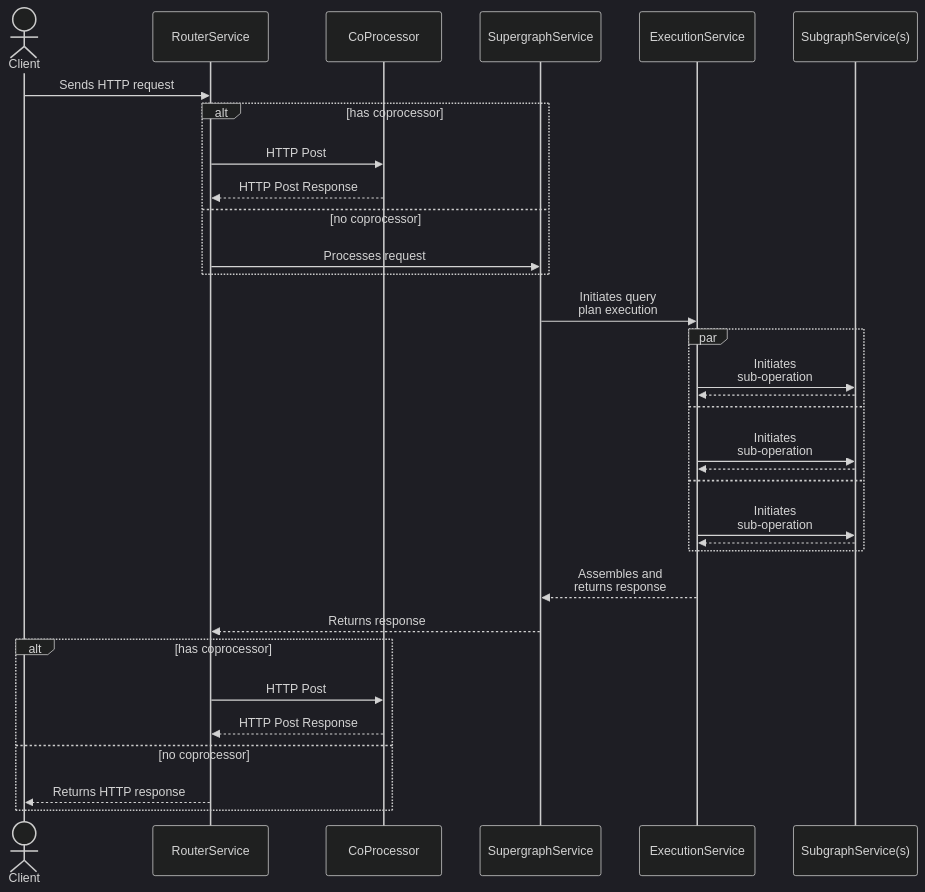
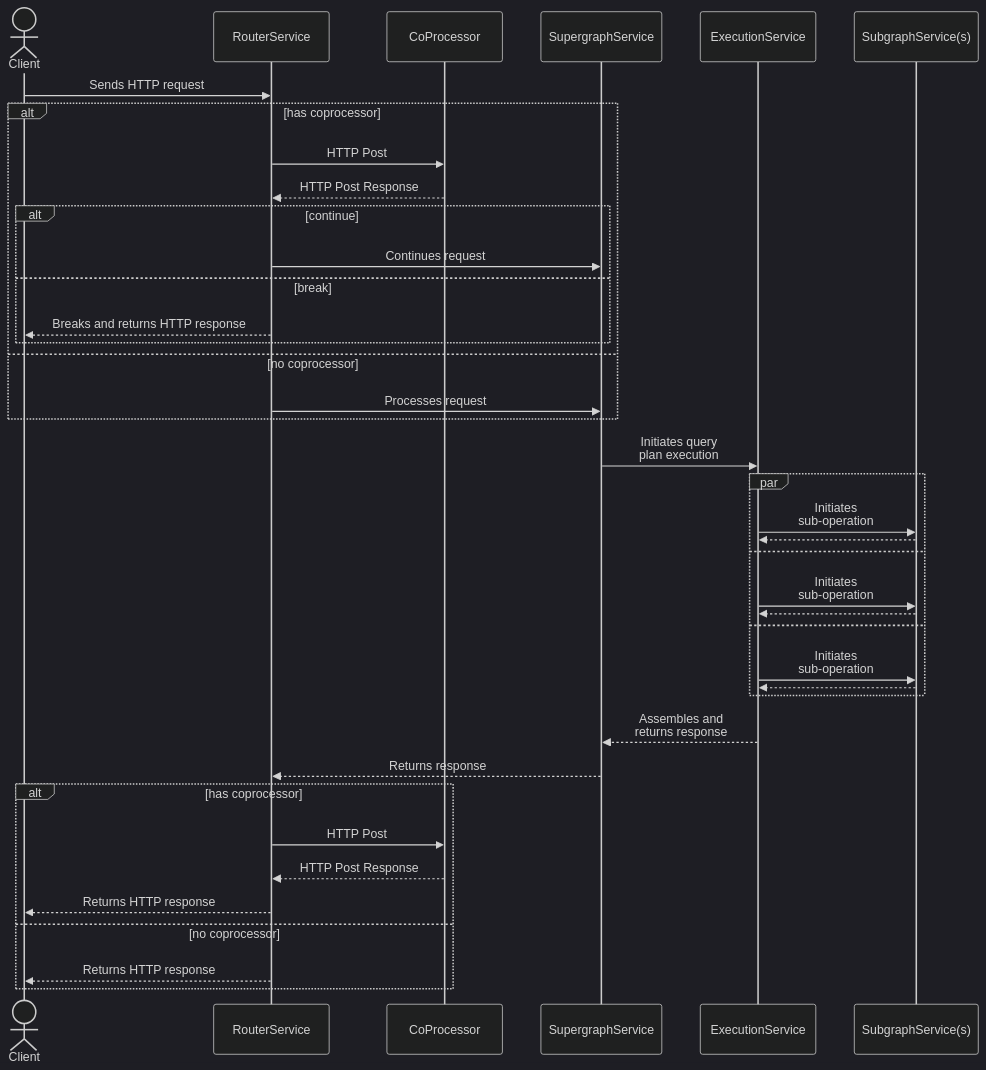
Before and after one commit to apollographql/router: the diagram in docs/source/configuration/external.mdx, drawn with Mermaid (dark theme). The commit also changed 1 other file, not shown here.

Commit message:
fix sequence diagram
and add caching page to index

````diff
--- a/docs/source/configuration/external.mdx
+++ b/docs/source/configuration/external.mdx
@@ -26,36 +26,42 @@
 ```mermaid
 sequenceDiagram
     actor Client
     participant RouterService
     participant CoProcessor
     participant SupergraphService
     participant ExecutionService
     participant SubgraphService(s)
 
     Client->>RouterService: Sends HTTP request
     alt has coprocessor
         RouterService->>CoProcessor: HTTP Post
         CoProcessor-->>RouterService: HTTP Post Response
+        alt continue
+            RouterService->>SupergraphService: Continues request
+        else break
+            RouterService-->>Client: Breaks and returns HTTP response
+        end
     else no coprocessor
         RouterService->>SupergraphService: Processes request
     end
     SupergraphService->>ExecutionService: Initiates query<br/>plan execution
     par
     ExecutionService->>SubgraphService(s): Initiates<br/>sub-operation
     SubgraphService(s)-->>ExecutionService: 
     and
     ExecutionService->>SubgraphService(s): Initiates<br/>sub-operation
     SubgraphService(s)-->>ExecutionService: 
     and
     ExecutionService->>SubgraphService(s): Initiates<br/>sub-operation
     SubgraphService(s)-->>ExecutionService: 
     end
     ExecutionService-->>SupergraphService: Assembles and<br/>returns response
     SupergraphService-->>RouterService: Returns response
     alt has coprocessor
         RouterService->>CoProcessor: HTTP Post
         CoProcessor-->>RouterService: HTTP Post Response
+        RouterService-->>Client: Returns HTTP response
     else no coprocessor
         RouterService-->>Client: Returns HTTP response
     end
 ```
````
